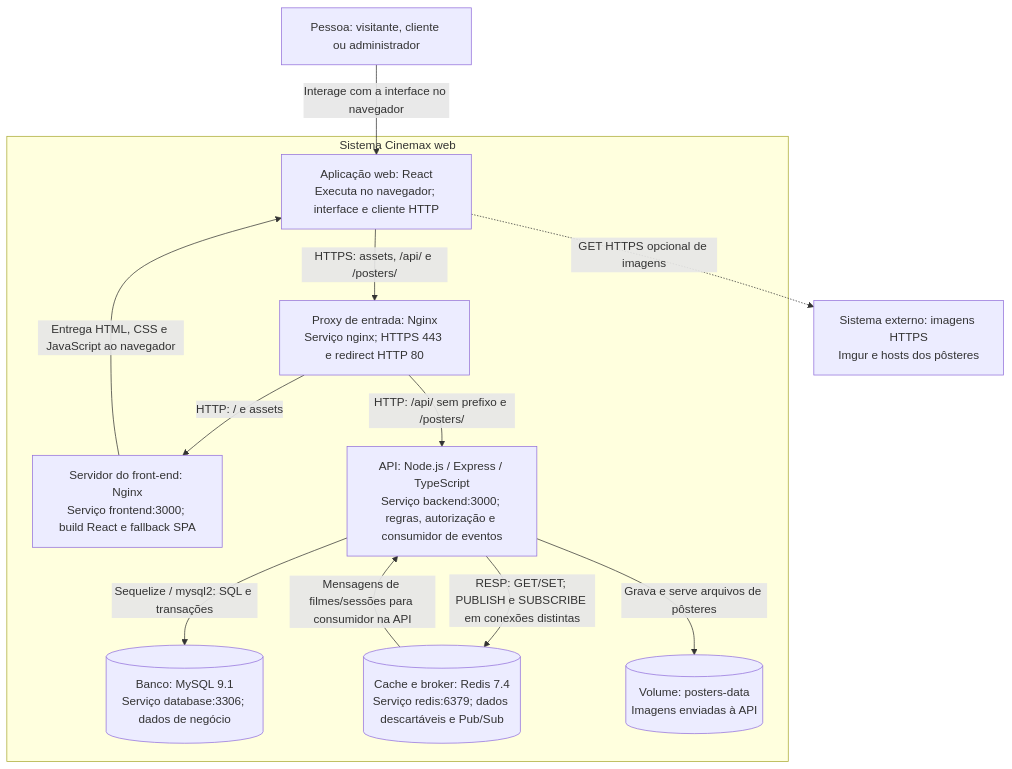
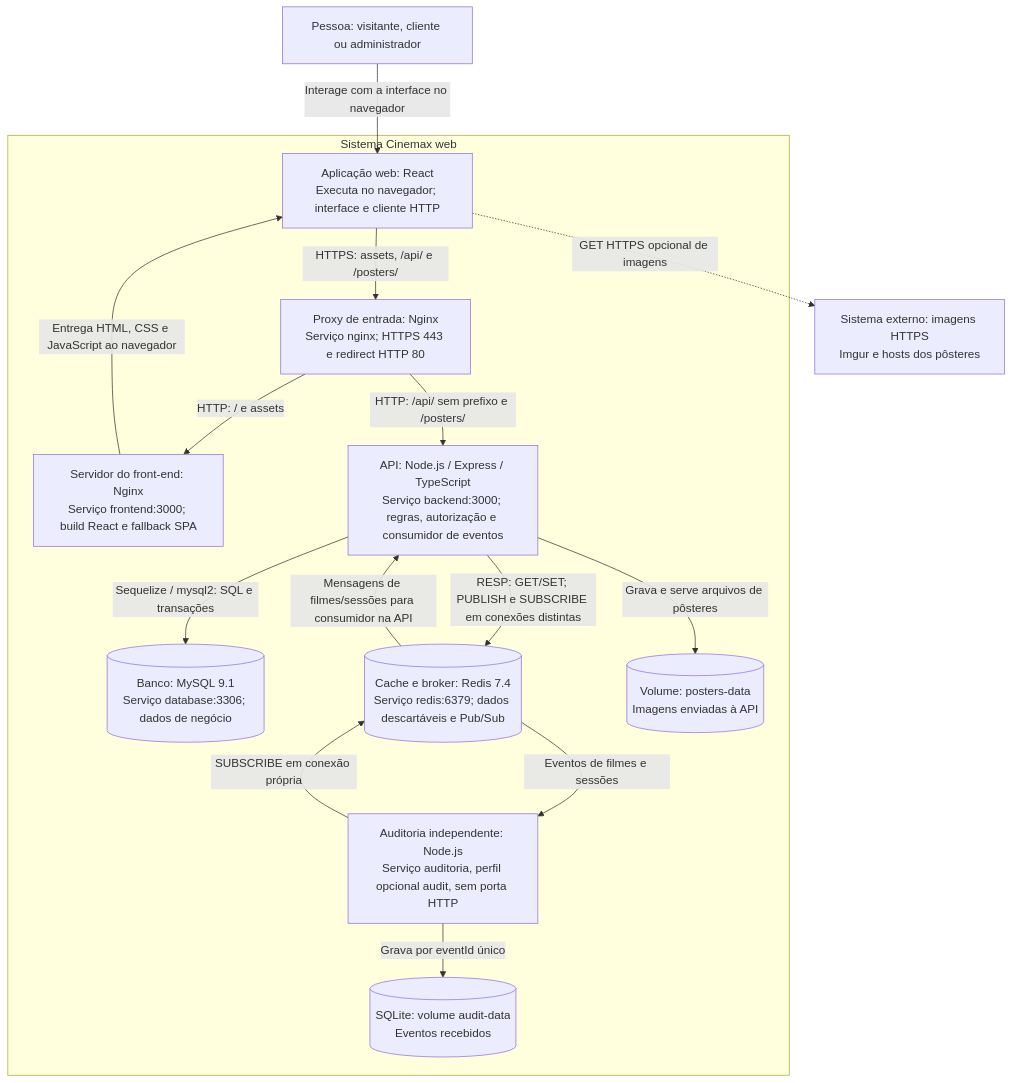
The diagram in docs/arquitetura/C4_CONTAINERS.md (flavio-a-galvao/cinema-mobile), drawn with Mermaid before and after one commit. The commit also changed other lines of this file and 15 other files, not shown here.

First line of the commit message:
feat: integra auditoria independente do catálogo (KAN-34)

````diff
--- a/docs/arquitetura/C4_CONTAINERS.md
+++ b/docs/arquitetura/C4_CONTAINERS.md
@@ -12,24 +12,29 @@
 ```mermaid
 flowchart TB
     pessoa["Pessoa: visitante, cliente ou administrador"]
     imagens["Sistema externo: imagens HTTPS<br/>Imgur e hosts dos pôsteres"]
     subgraph cinemax ["Sistema Cinemax web"]
         spa["Aplicação web: React<br/>Executa no navegador; interface e cliente HTTP"]
         proxy["Proxy de entrada: Nginx<br/>Serviço nginx; HTTPS 443 e redirect HTTP 80"]
         estatico["Servidor do front-end: Nginx<br/>Serviço frontend:3000; build React e fallback SPA"]
         api["API: Node.js / Express / TypeScript<br/>Serviço backend:3000; regras, autorização e consumidor de eventos"]
         mysql[("Banco: MySQL 9.1<br/>Serviço database:3306; dados de negócio")]
         redis[("Cache e broker: Redis 7.4<br/>Serviço redis:6379; dados descartáveis e Pub/Sub")]
+        auditoria["Auditoria independente: Node.js<br/>Serviço auditoria, perfil opcional audit, sem porta HTTP"]
+        auditdb[("SQLite: volume audit-data<br/>Eventos recebidos")]
         posters[("Volume: posters-data<br/>Imagens enviadas à API")]
     end
     pessoa -->|"Interage com a interface no navegador"| spa
     spa -->|"HTTPS: assets, /api/ e /posters/"| proxy
     proxy -->|"HTTP: / e assets"| estatico
     estatico -->|"Entrega HTML, CSS e JavaScript ao navegador"| spa
     proxy -->|"HTTP: /api/ sem prefixo e /posters/"| api
     api -->|"Sequelize / mysql2: SQL e transações"| mysql
     api -->|"RESP: GET/SET; PUBLISH e SUBSCRIBE em conexões distintas"| redis
     redis -->|"Mensagens de filmes/sessões para consumidor na API"| api
+    auditoria -->|"SUBSCRIBE em conexão própria"| redis
+    redis -->|"Eventos de filmes e sessões"| auditoria
+    auditoria -->|"Grava por eventId único"| auditdb
     api -->|"Grava e serve arquivos de pôsteres"| posters
     spa -.->|"GET HTTPS opcional de imagens"| imagens
 ```
````
